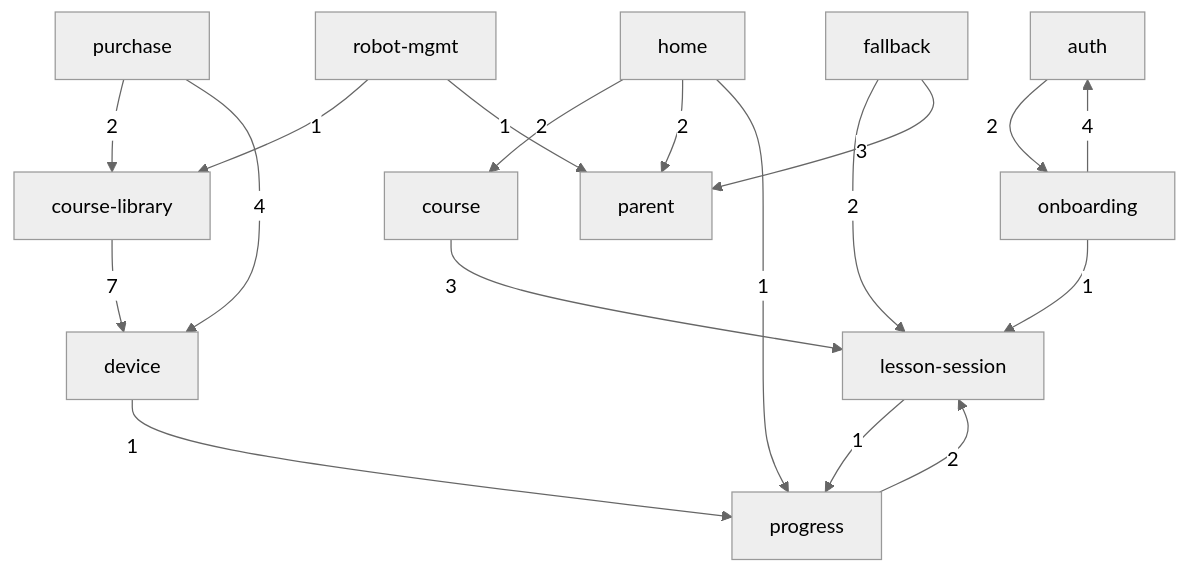
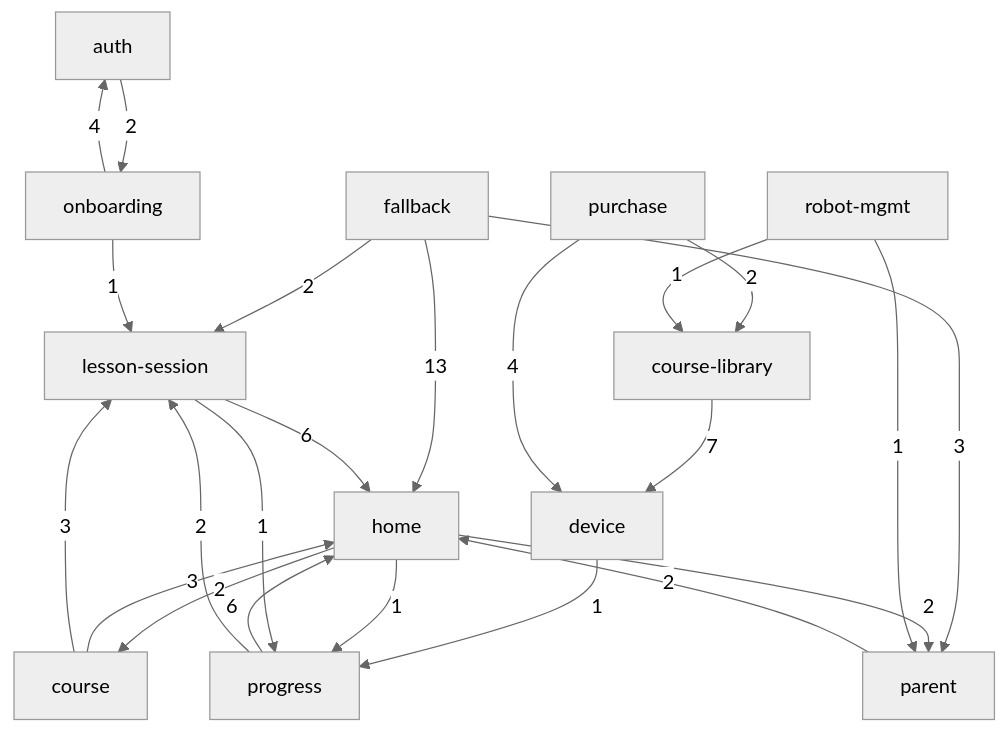
One commit to JSR-Algo/TJBOT-Mobile changed the diagram in tbot-design/docs/flows/global.flow.mmd. Above: the diagram before and after it, drawn with Mermaid (neutral theme). The commit also changed 32 other files, not shown here.

First line of the commit message:
flows(close-out): resolve undeclared targets + ADR 0004 + AGENTS pointer + verification

```diff
--- a/tbot-design/docs/flows/global.flow.mmd
+++ b/tbot-design/docs/flows/global.flow.mmd
@@ -1,32 +1,37 @@
-%% GENERATED FROM nav-graph-data.json sha=0a9c39428824. Do not edit by hand.
+%% GENERATED FROM nav-graph-data.json sha=747476d6c24a. Do not edit by hand.
 %% Domain-level overview only — intra-domain detail lives under domains/<d>/flow.mmd
 flowchart TD
   auth["auth"]
   course["course"]
   course_library["course-library"]
   device["device"]
   fallback["fallback"]
   home["home"]
   lesson_session["lesson-session"]
   onboarding["onboarding"]
   parent["parent"]
   progress["progress"]
   purchase["purchase"]
   robot_mgmt["robot-mgmt"]
   auth -->|2| onboarding
   course_library -->|7| device
+  course -->|3| home
   course -->|3| lesson_session
   device -->|1| progress
+  fallback -->|13| home
   fallback -->|2| lesson_session
   fallback -->|3| parent
   home -->|2| course
   home -->|2| parent
   home -->|1| progress
+  lesson_session -->|6| home
   lesson_session -->|1| progress
   onboarding -->|4| auth
   onboarding -->|1| lesson_session
+  parent -->|2| home
+  progress -->|6| home
   progress -->|2| lesson_session
   purchase -->|2| course_library
   purchase -->|4| device
   robot_mgmt -->|1| course_library
   robot_mgmt -->|1| parent
```
